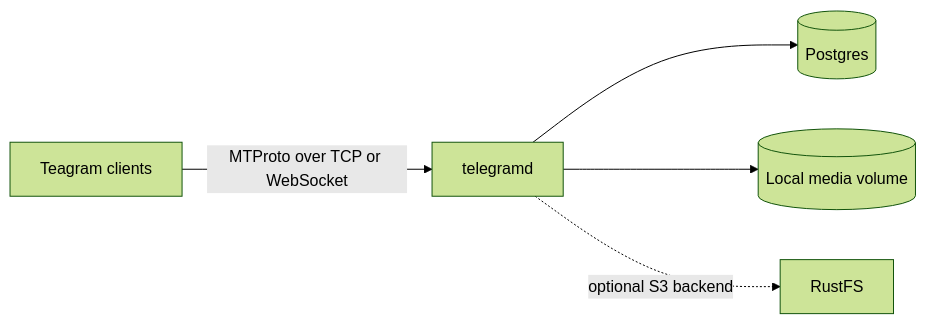
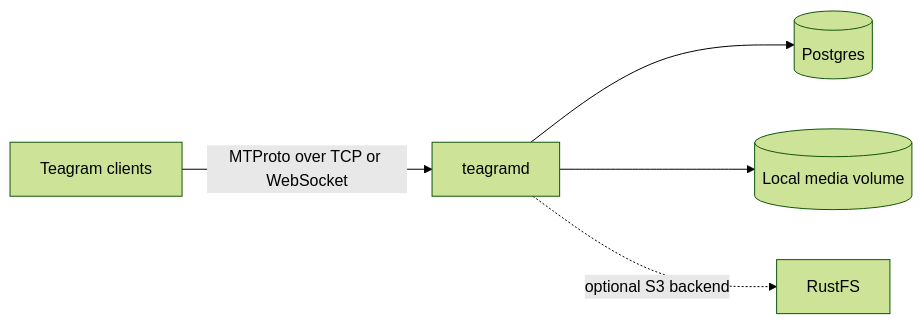
One commit to teagramhq/teagram-server changed the diagram in README.md. Above: the diagram before and after it, drawn with Mermaid (forest theme). The commit also changed other lines of this file and 218 other files, not shown here.

First line of the commit message:
chore(stack): rename server to Teagram

````diff
--- a/README.md
+++ b/README.md
@@ -84,7 +84,7 @@
 ```mermaid
 flowchart LR
-  clients[Teagram clients] -->|MTProto over TCP or WebSocket| server[telegramd]
+  clients[Teagram clients] -->|MTProto over TCP or WebSocket| server[teagramd]
   server --> db[(Postgres)]
   server --> media[(Local media volume)]
   server -. optional S3 backend .-> rustfs[RustFS]
 ```
````
